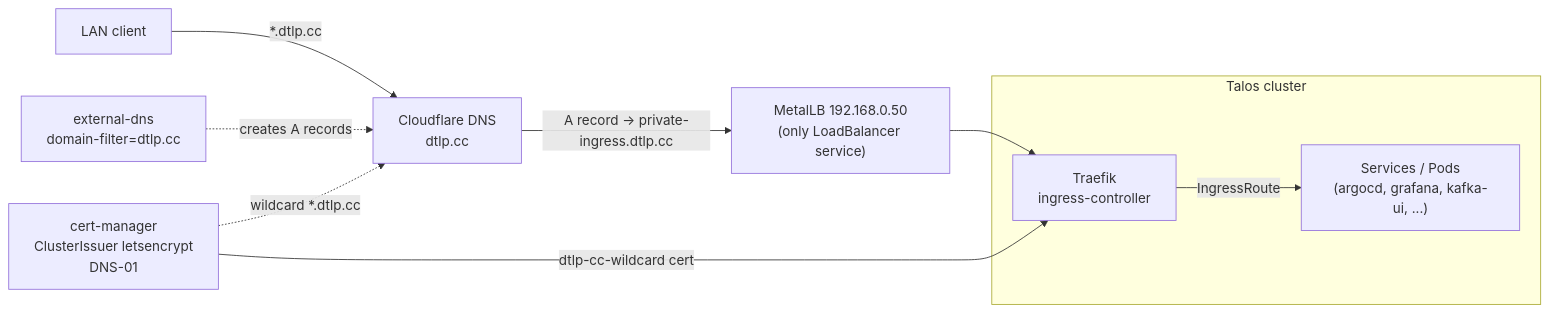
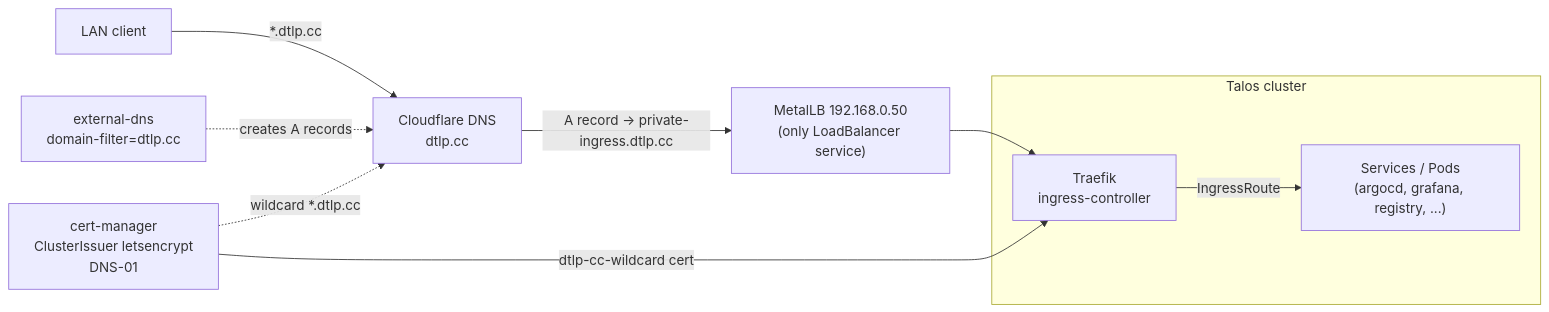
The second of 5 diagrams in docs/architecture.md (DTLP/homelab), drawn with Mermaid before and after one commit. The commit also changed other lines of this file and 1 other file, not shown here.

First line of the commit message:
Refresh architecture for current services

````diff
--- a/docs/architecture.md
+++ b/docs/architecture.md
@@ -58,17 +58,17 @@
 ```mermaid
 flowchart LR
     User["LAN client"] -->|"*.dtlp.cc"| CF["Cloudflare DNS<br/>dtlp.cc"]
 
     CF -->|"A record → private-ingress.dtlp.cc"| TraefikLB["MetalLB 192.168.0.50<br/>(only LoadBalancer service)"]
 
     subgraph Cluster["Talos cluster"]
         Traefik["Traefik<br/>ingress-controller"]
-        Traefik -->|IngressRoute| Svc["Services / Pods<br/>(argocd, grafana, kafka-ui, ...)"]
+        Traefik -->|IngressRoute| Svc["Services / Pods<br/>(argocd, grafana, registry, ...)"]
     end
 
     TraefikLB --> Traefik
 
     ExtDNS["external-dns<br/>domain-filter=dtlp.cc"] -.->|creates A records| CF
     CertMgr["cert-manager<br/>ClusterIssuer letsencrypt<br/>DNS-01"] -.->|wildcard *.dtlp.cc| CF
     CertMgr -->|"dtlp-cc-wildcard cert"| Traefik
 ```
````
